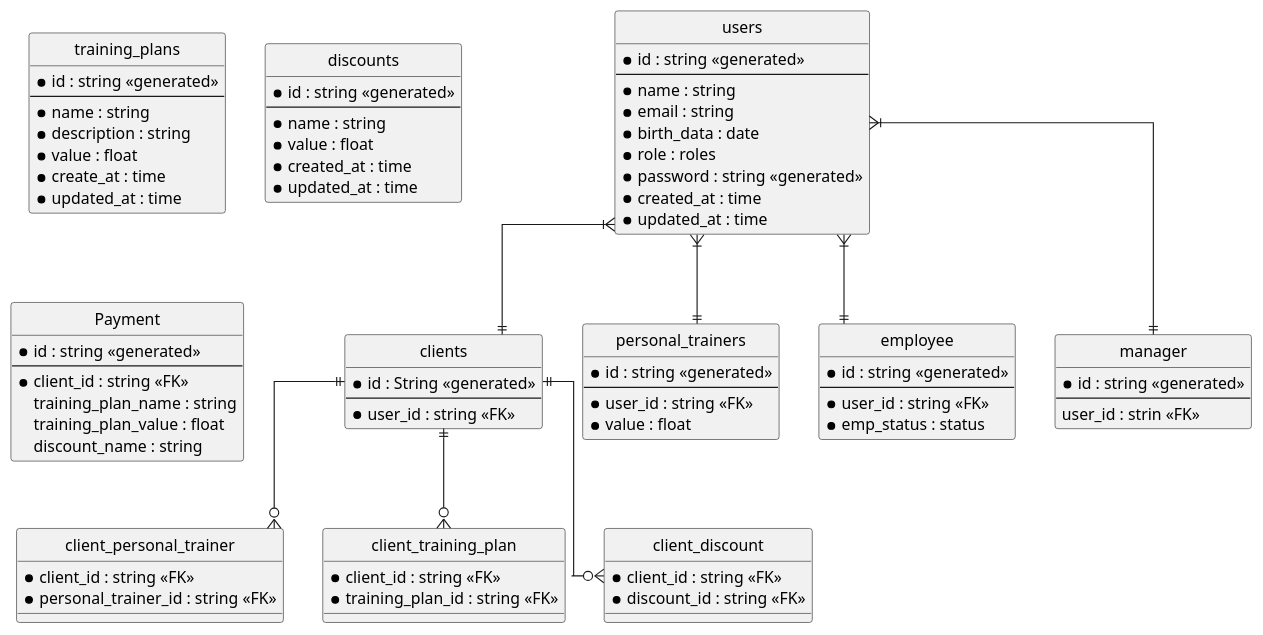
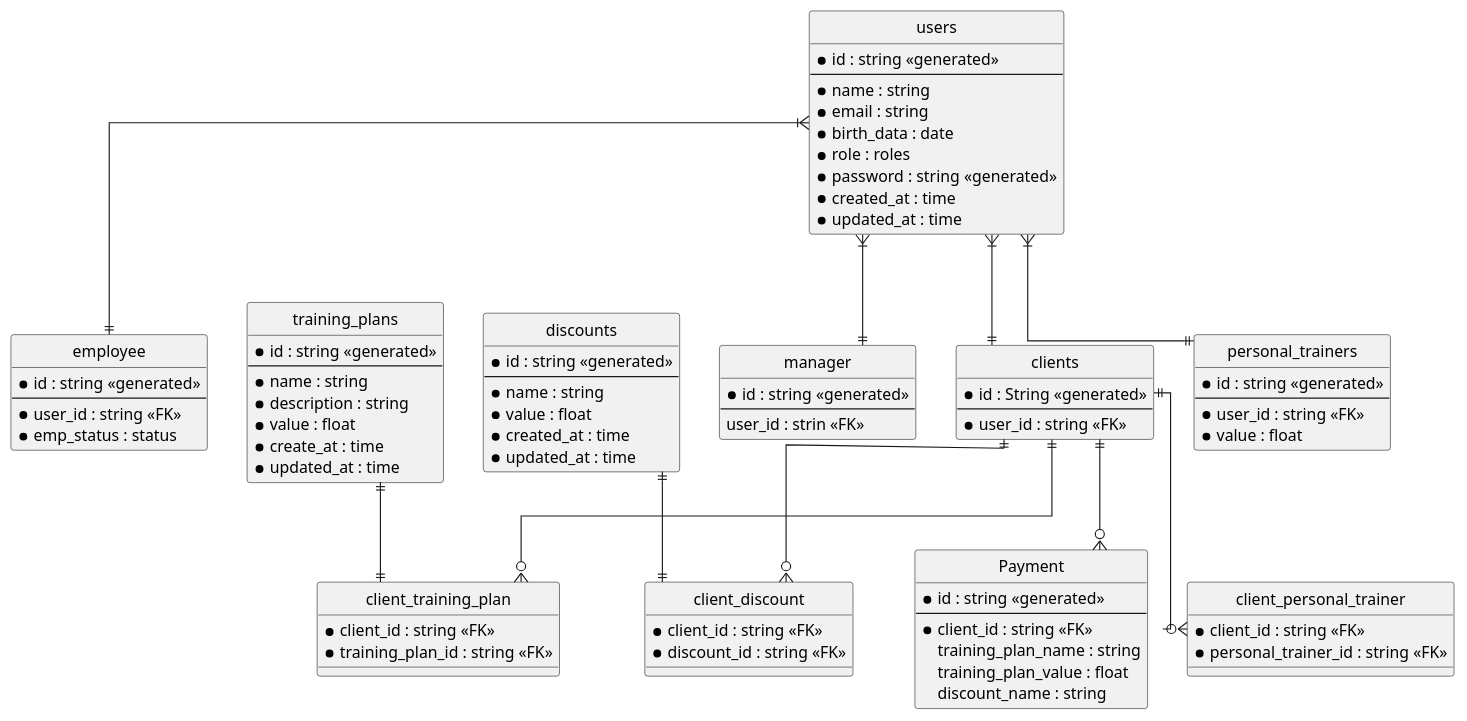
The diagram in diagram/ER/diagram.plantuml (bosshentai/tccCode), drawn with PlantUML before and after one commit. The commit also changed 1 other file, not shown here.

Commit message:
the diagram had been finished

```diff
--- a/diagram/ER/diagram.plantuml
+++ b/diagram/ER/diagram.plantuml
@@ -1,105 +1,109 @@
 @startuml ERDiagram
 
 ' hide the spot
 hide circle
 
 
 skinparam linetype ortho
 
 entity "users" as u1 {
   '* identifying_atrribute
   * id : string <<generated>>
   --
   * name : string
   * email : string
   * birth_data : date
   * role : roles
   * password : string <<generated>>
   * created_at : time
   * updated_at : time
 }
 
 entity "clients" as c1 {
   * id : String <<generated>>
   --
   * user_id : string <<FK>>
 }
 
 entity "training_plans" as t1 {
   * id : string <<generated>>
   --
   * name : string
   * description : string
   * value : float
   * create_at : time
   * updated_at : time
 }
 
 entity "discounts" as d1 {
   * id : string <<generated>>
   --
   * name : string
   * value : float
   * created_at : time
   * updated_at : time
 }
 
 entity "personal_trainers" as pt {
   * id : string <<generated>>
   --
   * user_id : string <<FK>>
   * value : float
 }
 
 entity "employee" as e1 {
   * id : string <<generated>>
   --
   * user_id : string <<FK>>
   * emp_status : status
 }
 
 entity "manager" as m1 {
   * id : string <<generated>>
   --
   user_id : strin <<FK>>
 }
 
 
 entity "Payment" as pay {
   * id : string <<generated>>
   --
   * client_id : string <<FK>>
   training_plan_name : string
   training_plan_value : float
   discount_name : string
 }
 
 entity "client_personal_trainer" as cpt{
   * client_id : string <<FK>>
   * personal_trainer_id : string <<FK>>
 }
 
 entity "client_training_plan" as ctp {
   * client_id : string <<FK>>
   * training_plan_id : string <<FK>>
 }
 
 entity "client_discount" as cd {
   * client_id : string <<FK>>
   * discount_id : string <<FK>>
 }
 
 
 u1 }|--|| c1
 u1 }|--|| m1
 u1 }|--|| e1
 u1 }|--|| pt
 
 
+d1 ||--|| cd
+t1 ||--|| ctp
+
 
 c1 ||--o{ cpt
 c1 ||--o{ cd
 c1 ||--o{ ctp
+c1 ||--o{ pay
 
 
 @enduml
```
